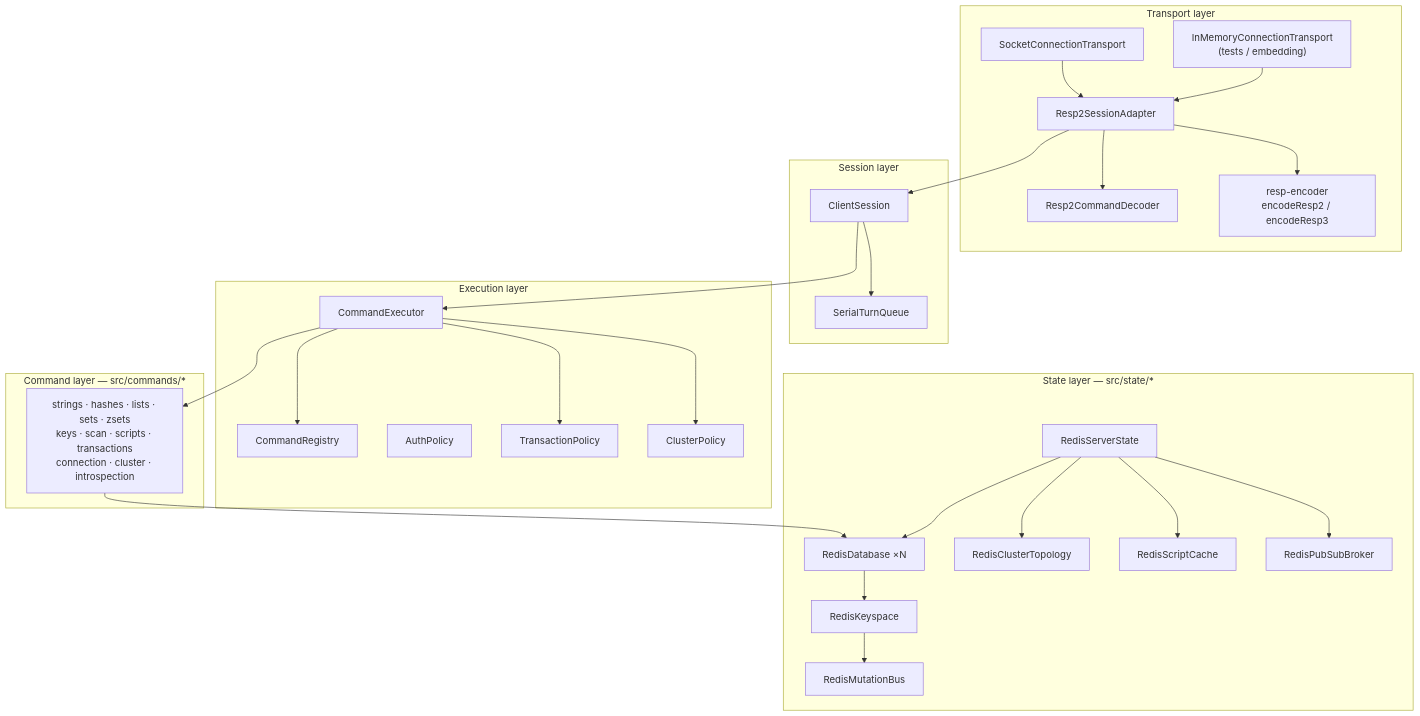
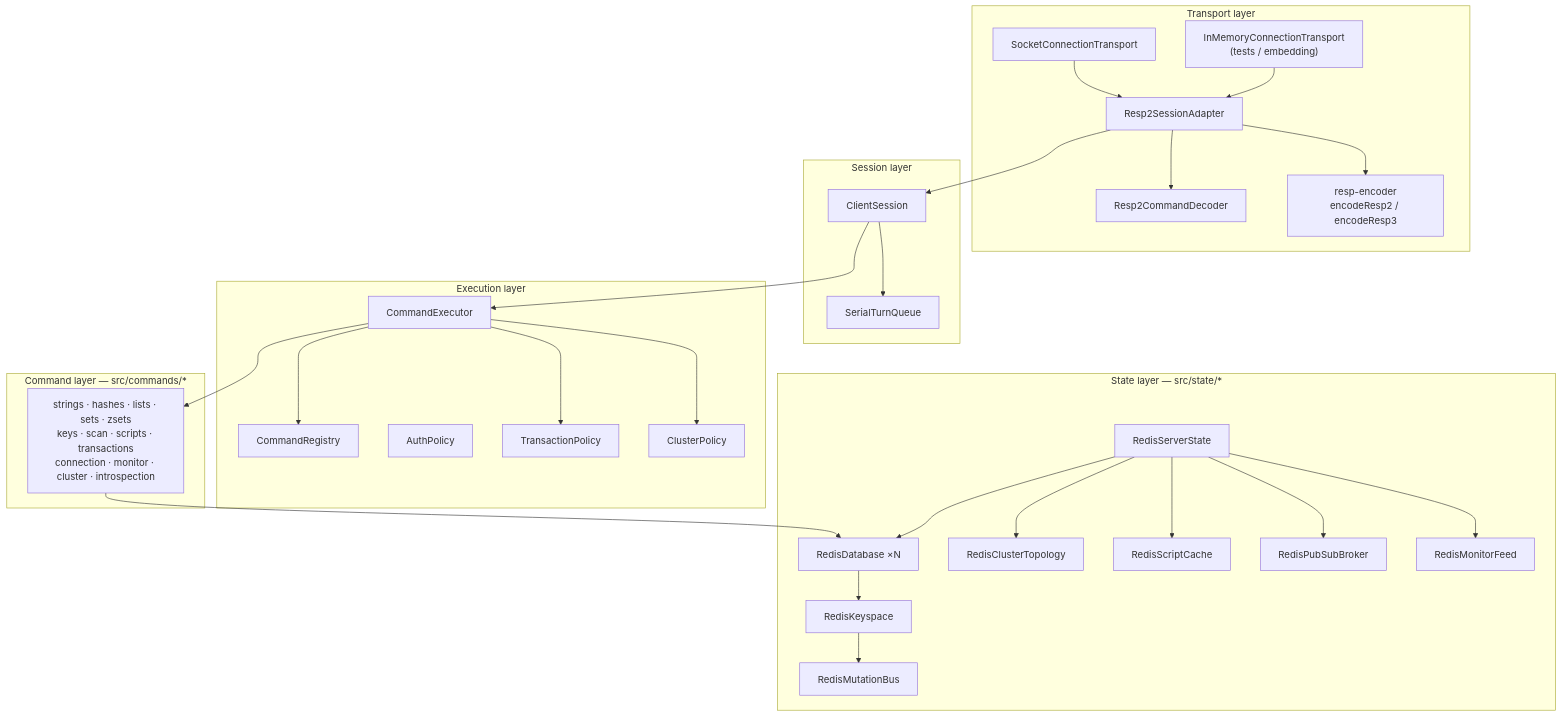
One commit to fatal10110/js-redis-server changed the second of 6 diagrams in docs/ARCHITECTURE.md. Above: the diagram before and after it, drawn with Mermaid. The commit also changed other lines of this file and 24 other files, not shown here.

````diff
--- a/docs/ARCHITECTURE.md
+++ b/docs/ARCHITECTURE.md
@@ -64,55 +76,57 @@
 ```mermaid
 graph TD
     subgraph "Transport layer"
         ST[SocketConnectionTransport]
         IT["InMemoryConnectionTransport<br/>(tests / embedding)"]
         SA[Resp2SessionAdapter]
         DEC[Resp2CommandDecoder]
         ENC["resp-encoder<br/>encodeResp2 / encodeResp3"]
     end
 
     subgraph "Session layer"
         CS[ClientSession]
         TQ[SerialTurnQueue]
     end
 
     subgraph "Execution layer"
         CE[CommandExecutor]
         CR[CommandRegistry]
         AP[AuthPolicy]
         TP[TransactionPolicy]
         CP[ClusterPolicy]
     end
 
     subgraph "Command layer — src/commands/*"
-        CMD["strings · hashes · lists · sets · zsets<br/>keys · scan · scripts · transactions<br/>connection · cluster · introspection"]
+        CMD["strings · hashes · lists · sets · zsets<br/>keys · scan · scripts · transactions<br/>connection · monitor · cluster · introspection"]
     end
 
     subgraph "State layer — src/state/*"
         SS[RedisServerState]
         RD["RedisDatabase ×N"]
         KS[RedisKeyspace]
         MB[RedisMutationBus]
         CT[RedisClusterTopology]
         SCC[RedisScriptCache]
         PB[RedisPubSubBroker]
+        MF[RedisMonitorFeed]
     end
 
     ST & IT --> SA
     SA --> DEC
     SA --> ENC
     SA --> CS
     CS --> TQ
     CS --> CE
     CE --> CR
     CE --> TP
     CE --> CP
     CE --> CMD
     CMD --> RD
     SS --> RD
     SS --> CT
     SS --> SCC
     SS --> PB
+    SS --> MF
     RD --> KS
     KS --> MB
 ```
````
